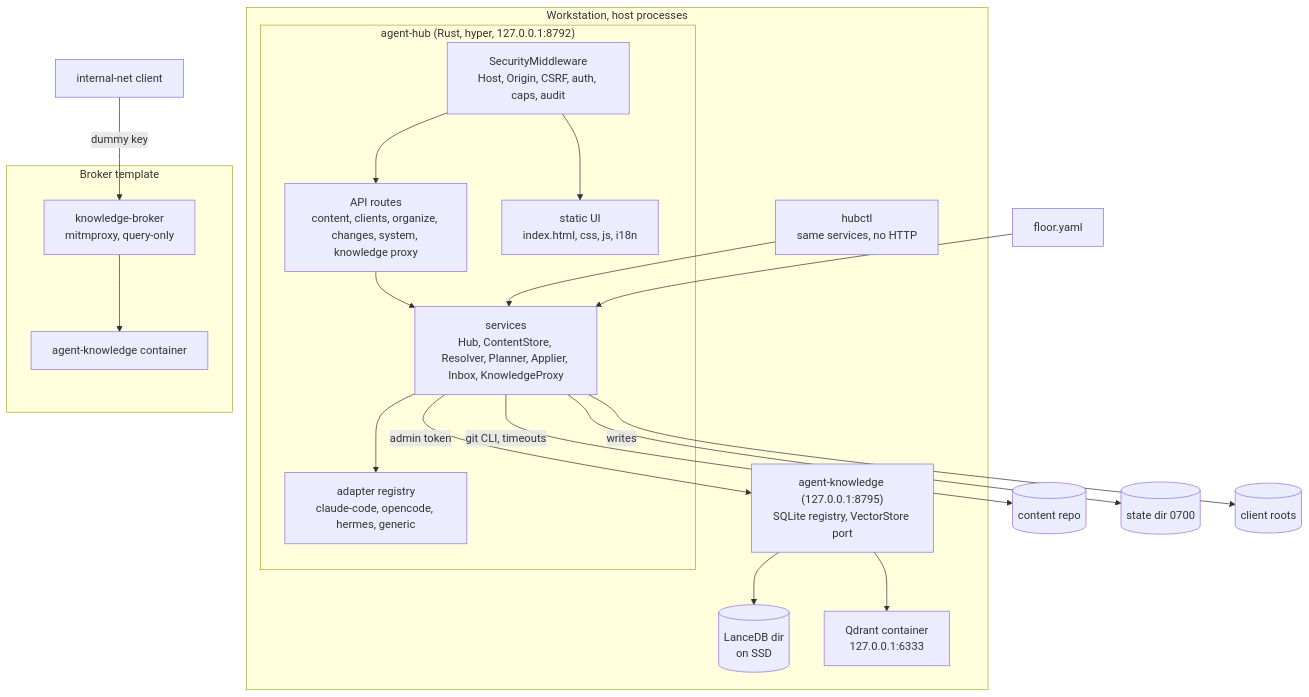
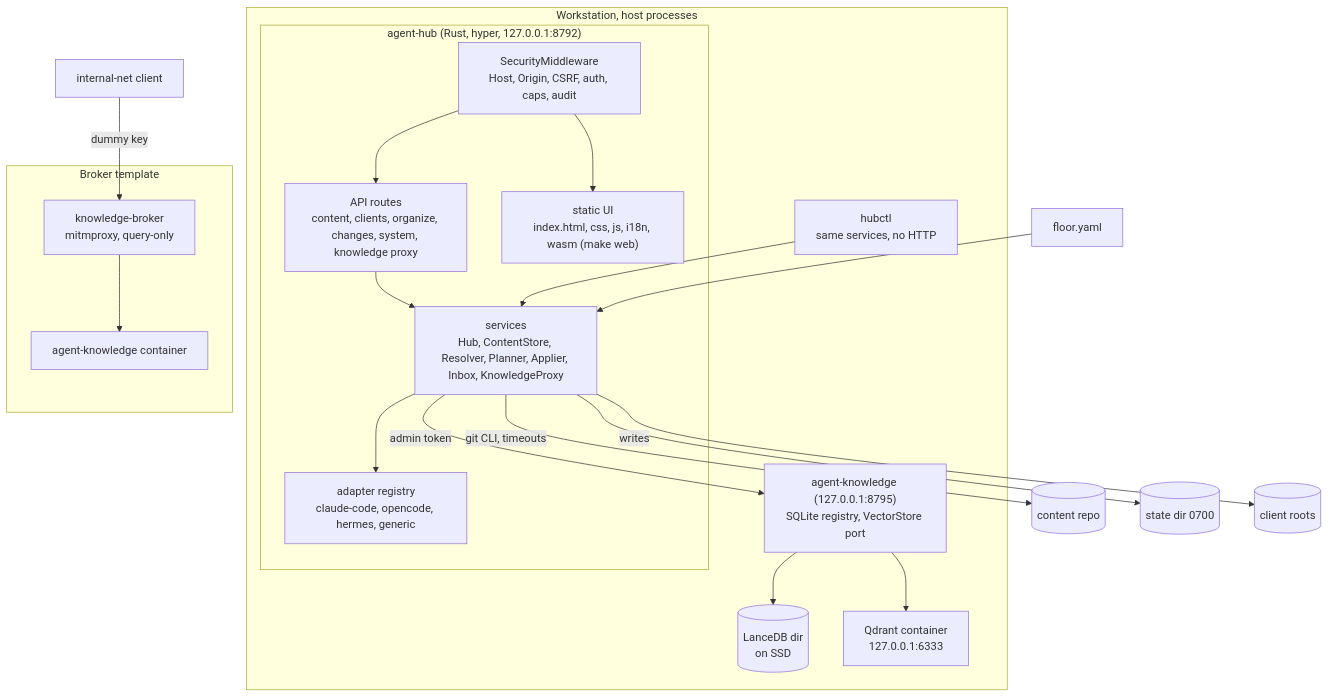
Before and after one commit to willboyden/agent-hub: the diagram in docs/diagrams/container.md, drawn with Mermaid. The commit also changed 8 other files, not shown here.

````diff
--- a/docs/diagrams/container.md
+++ b/docs/diagrams/container.md
@@ -6,33 +6,33 @@
 ```mermaid
 flowchart TB
   subgraph host["Workstation, host processes"]
     subgraph hubp["agent-hub (Rust, hyper, 127.0.0.1:8792)"]
       mw["SecurityMiddleware<br/>Host, Origin, CSRF, auth, caps, audit"]
       api["API routes<br/>content, clients, organize, changes, system, knowledge proxy"]
       svc["services<br/>Hub, ContentStore, Resolver, Planner, Applier, Inbox, KnowledgeProxy"]
       reg["adapter registry<br/>claude-code, opencode, hermes, generic"]
-      ui["static UI<br/>index.html, css, js, i18n"]
+      ui["static UI<br/>index.html, css, js, i18n, wasm (make web)"]
       mw --> api --> svc --> reg
       mw --> ui
     end
     cli["hubctl<br/>same services, no HTTP"]
     cli --> svc
     kp["agent-knowledge (127.0.0.1:8795)<br/>SQLite registry, VectorStore port"]
     lance[("LanceDB dir<br/>on SSD")]
     qd["Qdrant container<br/>127.0.0.1:6333"]
     kp --> lance
     kp --> qd
   end
   svc -->|"git CLI, timeouts"| repo[("content repo")]
   svc --> st[("state dir 0700")]
   svc -->|"writes"| roots[("client roots")]
   svc -->|"admin token"| kp
   pol["floor.yaml"] --> svc
 
   subgraph tmpl["Broker template"]
     br["knowledge-broker<br/>mitmproxy, query-only"]
     kc["agent-knowledge container"]
     br --> kc
   end
   cl["internal-net client"] -->|"dummy key"| br
 ```
````
